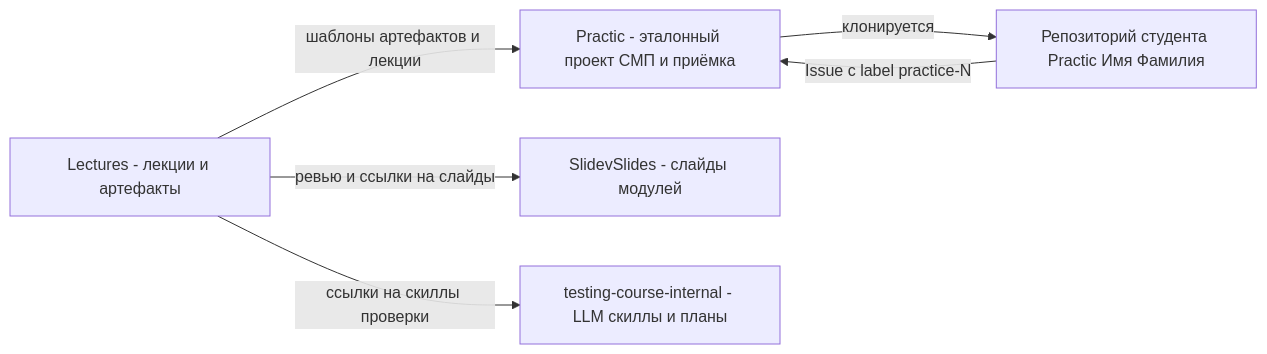
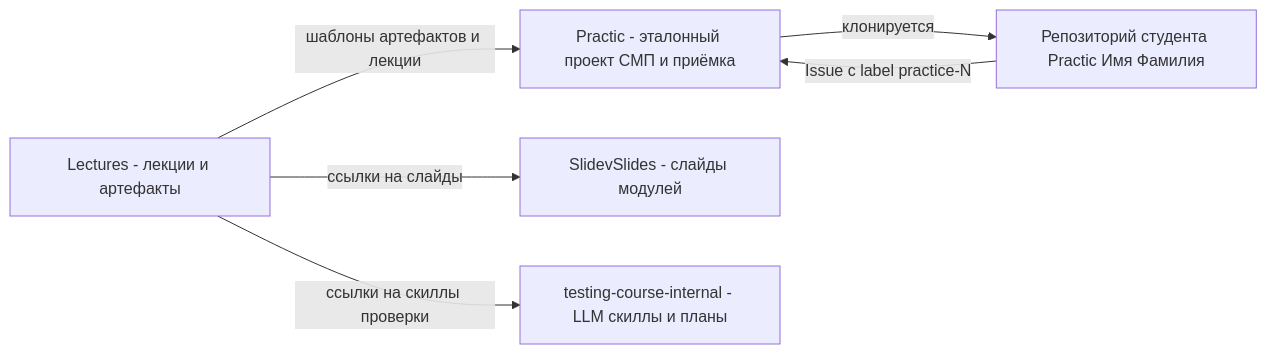
One commit to LektonSoftwareTestingCourse/Lectures changed the third of 3 diagrams in .agents/docs/02_ARCHITECTURE.md. Above: the diagram before and after it, drawn with Mermaid. The commit also changed other lines of this file and 8 other files, not shown here.

````diff
--- a/.agents/docs/02_ARCHITECTURE.md
+++ b/.agents/docs/02_ARCHITECTURE.md
@@ -82,14 +83,14 @@
 ```mermaid
 flowchart LR
     L[Lectures - лекции и артефакты]
     P[Practic - эталонный проект СМП и приёмка]
     S[SlidevSlides - слайды модулей]
     T[testing-course-internal - LLM скиллы и планы]
     ST[Репозиторий студента Practic Имя Фамилия]
 
     L -->|шаблоны артефактов и лекции| P
-    L -->|ревью и ссылки на слайды| S
+    L -->|ссылки на слайды| S
     L -->|ссылки на скиллы проверки| T
     P -->|клонируется| ST
     ST -->|Issue с label practice-N| P
 ```
````
